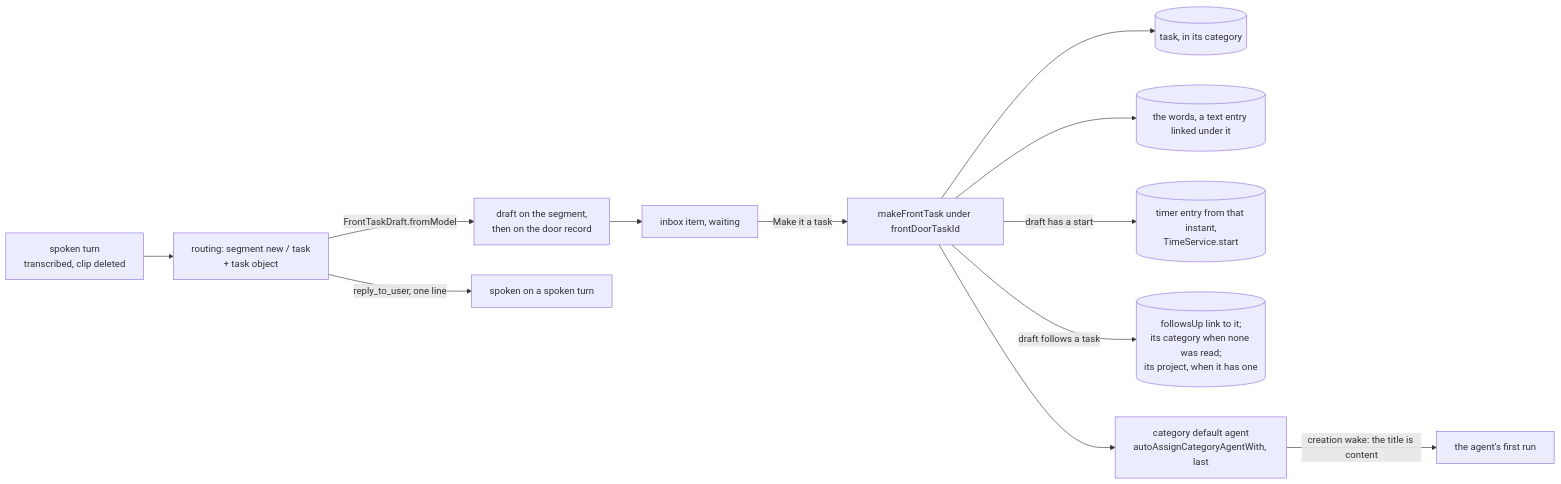
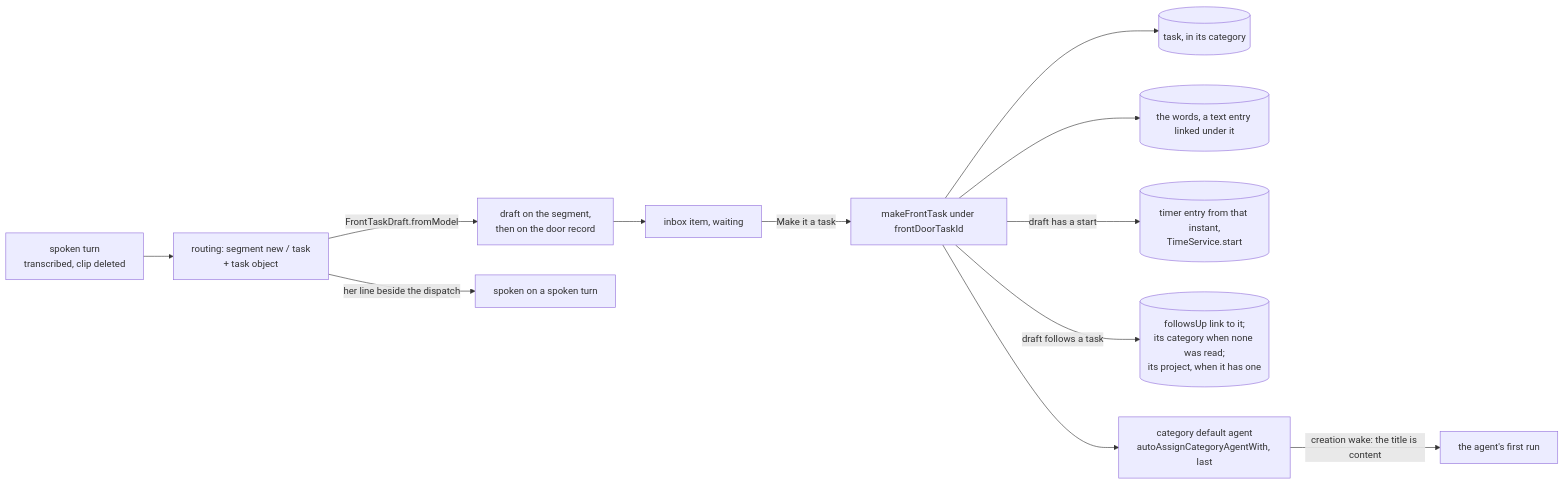
One commit to matthiasn/lotti changed the seventh of 16 diagrams in knowledge/features/front_agent.md. Above: the diagram before and after it, drawn with Mermaid. The commit also changed other lines of this file and 18 other files, not shown here.

````diff
--- a/knowledge/features/front_agent.md
+++ b/knowledge/features/front_agent.md
@@ -946,14 +964,14 @@
 ```mermaid
 flowchart LR
   W[spoken turn<br/>transcribed, clip deleted] --> R[routing: segment new / task<br/>+ task object]
   R -->|FrontTaskDraft.fromModel| V[draft on the segment,<br/>then on the door record]
   V --> I[inbox item, waiting]
   I -->|Make it a task| M[makeFrontTask under frontDoorTaskId]
   M --> T[(task, in its category)]
   M --> E[(the words, a text entry linked under it)]
   M -->|draft has a start| C[(timer entry from that instant,<br/>TimeService.start)]
   M -->|draft follows a task| L[(followsUp link to it;<br/>its category when none was read;<br/>its project, when it has one)]
   M --> A[category default agent<br/>autoAssignCategoryAgentWith, last]
   A -->|creation wake: the title is content| G[the agent's first run]
-  R -->|reply_to_user, one line| S[spoken on a spoken turn]
+  R -->|her line beside the dispatch| S[spoken on a spoken turn]
 ```
````
